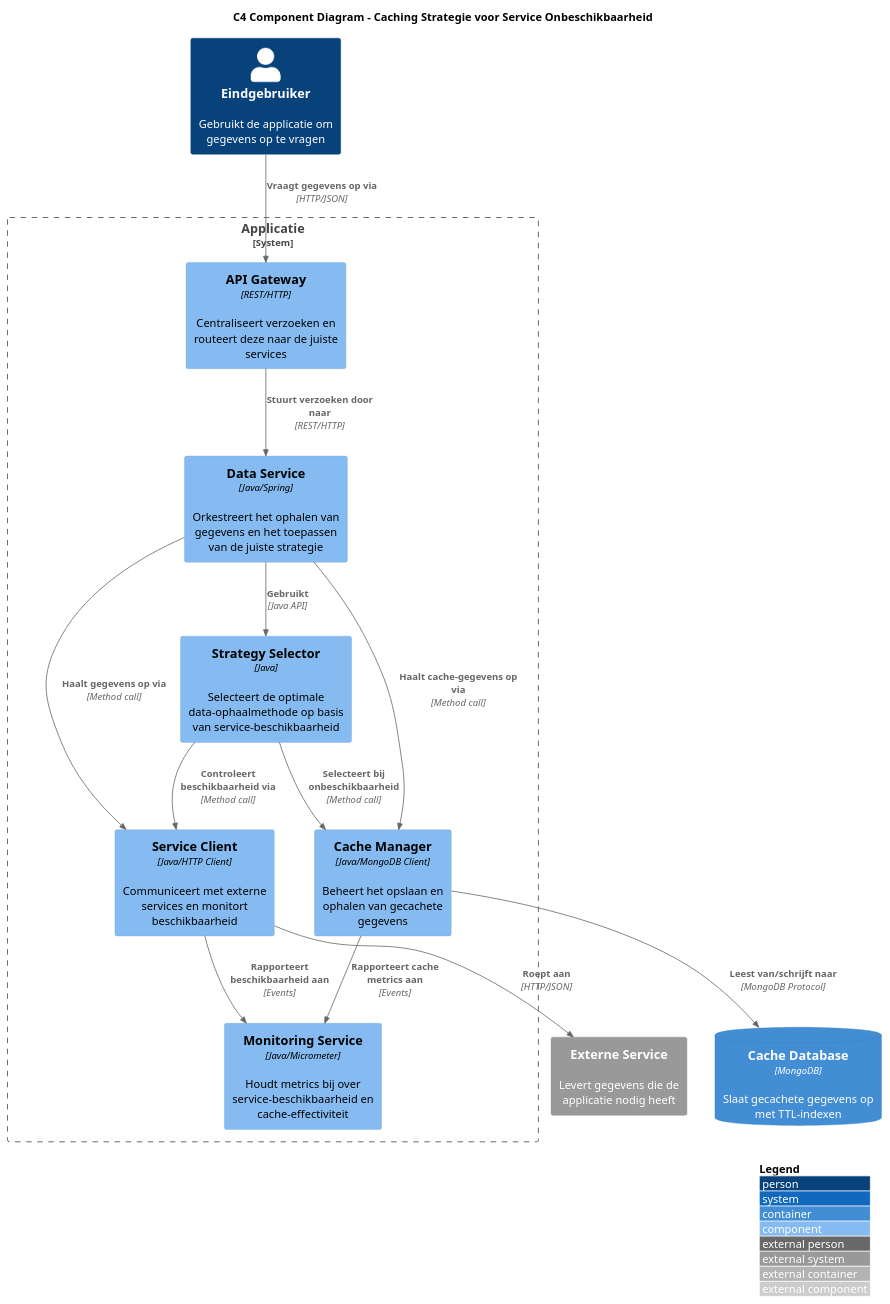
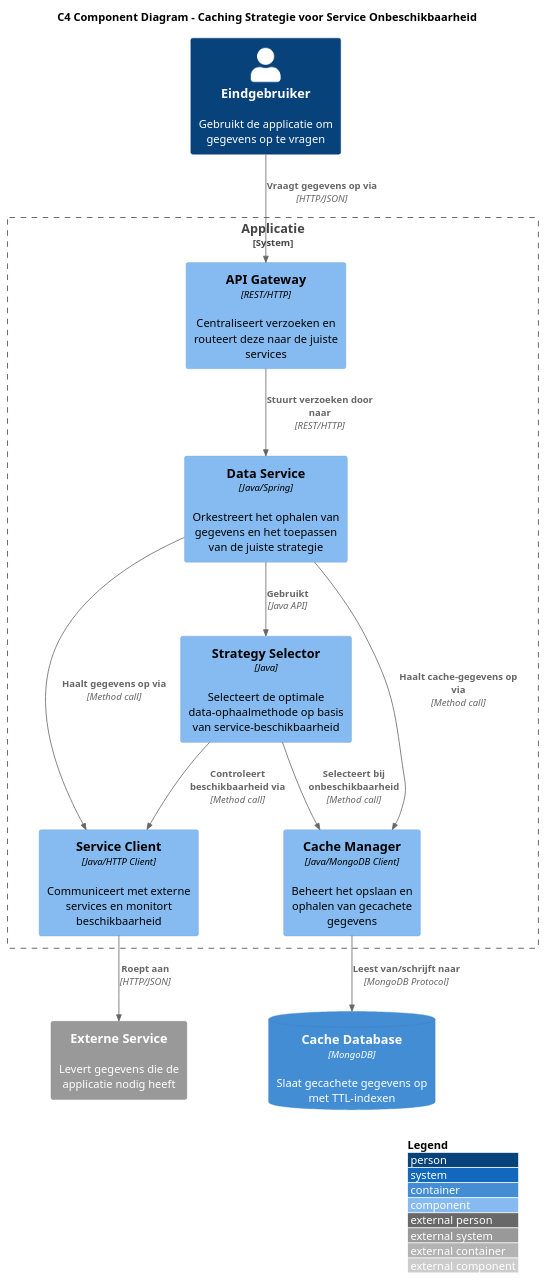
One commit to AIM-ENE-feb25/triptop-groep-5 changed the diagram in software-guidebook/cachingComponentDiagram.puml. Above: the diagram before and after it, drawn with PlantUML. The commit also changed 8 other files, not shown here.

Commit message:
small changes to diagrams

```diff
--- a/software-guidebook/cachingComponentDiagram.puml
+++ b/software-guidebook/cachingComponentDiagram.puml
@@ -1,41 +1,38 @@
 @startuml "C4 Component Diagram - Service Onbeschikbaarheid"
 
 !include https://raw.githubusercontent.com/plantuml-stdlib/C4-PlantUML/master/C4_Component.puml
 
 LAYOUT_WITH_LEGEND()
 
 title "C4 Component Diagram - Caching Strategie voor Service Onbeschikbaarheid"
 
 Person(gebruiker, "Eindgebruiker", "Gebruikt de applicatie om gegevens op te vragen")
 
 System_Boundary(applicatie, "Applicatie") {
     Component(apiGateway, "API Gateway", "REST/HTTP", "Centraliseert verzoeken en routeert deze naar de juiste services")
 
     Component(dataService, "Data Service", "Java/Spring", "Orkestreert het ophalen van gegevens en het toepassen van de juiste strategie")
 
     Component(strategySelectorComp, "Strategy Selector", "Java", "Selecteert de optimale data-ophaalmethode op basis van service-beschikbaarheid")
 
     Component(serviceClientComp, "Service Client", "Java/HTTP Client", "Communiceert met externe services en monitort beschikbaarheid")
 
     Component(cacheManagerComp, "Cache Manager", "Java/MongoDB Client", "Beheert het opslaan en ophalen van gecachete gegevens")
 
-    Component(monitoringComp, "Monitoring Service", "Java/Micrometer", "Houdt metrics bij over service-beschikbaarheid en cache-effectiviteit")
 }
 
 System_Ext(externalService, "Externe Service", "Levert gegevens die de applicatie nodig heeft")
 
 ContainerDb(cacheDb, "Cache Database", "MongoDB", "Slaat gecachete gegevens op met TTL-indexen")
 
 Rel(gebruiker, apiGateway, "Vraagt gegevens op via", "HTTP/JSON")
 Rel(apiGateway, dataService, "Stuurt verzoeken door naar", "REST/HTTP")
 Rel(dataService, strategySelectorComp, "Gebruikt", "Java API")
 Rel(strategySelectorComp, serviceClientComp, "Controleert beschikbaarheid via", "Method call")
 Rel(strategySelectorComp, cacheManagerComp, "Selecteert bij onbeschikbaarheid", "Method call")
 Rel(dataService, serviceClientComp, "Haalt gegevens op via", "Method call")
 Rel(dataService, cacheManagerComp, "Haalt cache-gegevens op via", "Method call")
 Rel(serviceClientComp, externalService, "Roept aan", "HTTP/JSON")
 Rel(cacheManagerComp, cacheDb, "Leest van/schrijft naar", "MongoDB Protocol")
-Rel(serviceClientComp, monitoringComp, "Rapporteert beschikbaarheid aan", "Events")
-Rel(cacheManagerComp, monitoringComp, "Rapporteert cache metrics aan", "Events")
 
 @enduml
```
